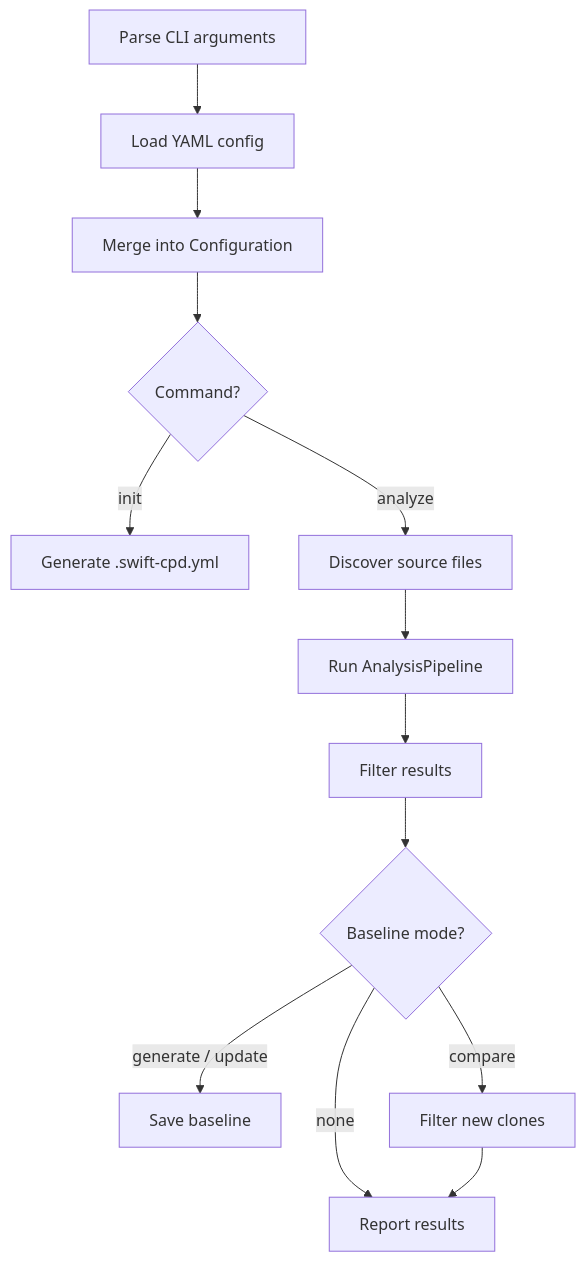
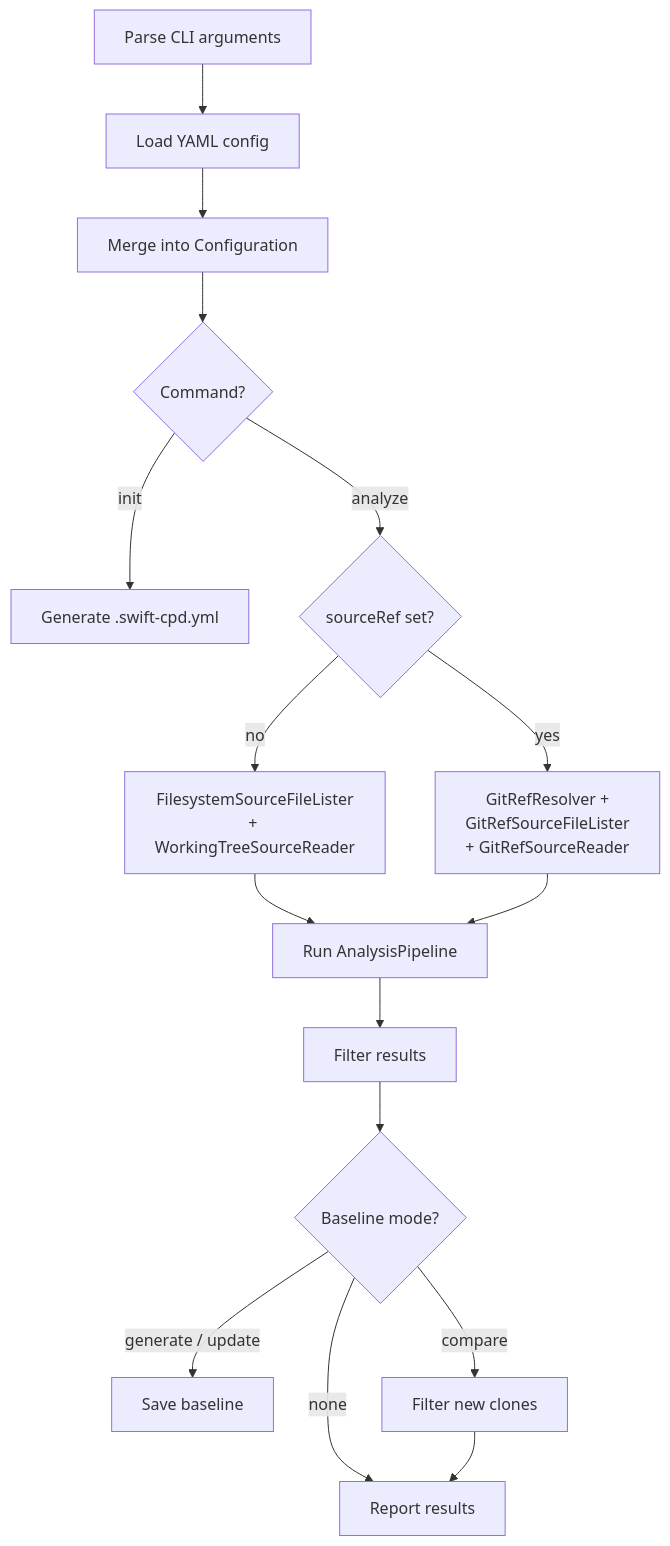
The second of 2 diagrams in Docs/Architecture/01-overview.md (ericodx/swift-cpd), drawn with Mermaid before and after one commit. The commit also changed other lines of this file, not shown here.

Commit message:
docs: Architecture/01-overview adds IO module and sourceRef branch in flow

````diff
--- a/Docs/Architecture/01-overview.md
+++ b/Docs/Architecture/01-overview.md
@@ -45,15 +48,18 @@
 ```mermaid
 flowchart TD
     A[Parse CLI arguments] --> B[Load YAML config]
     B --> C[Merge into Configuration]
     C --> D{Command?}
     D -- init --> E[Generate .swift-cpd.yml]
-    D -- analyze --> F[Discover source files]
-    F --> G[Run AnalysisPipeline]
+    D -- analyze --> SIO{sourceRef set?}
+    SIO -- no --> F1[FilesystemSourceFileLister<br/>+ WorkingTreeSourceReader]
+    SIO -- yes --> F2[GitRefResolver +<br/>GitRefSourceFileLister<br/>+ GitRefSourceReader]
+    F1 --> G[Run AnalysisPipeline]
+    F2 --> G
     G --> H[Filter results]
     H --> I{Baseline mode?}
     I -- generate / update --> J[Save baseline]
     I -- compare --> K[Filter new clones]
     I -- none --> L[Report results]
     K --> L
 ```
````
